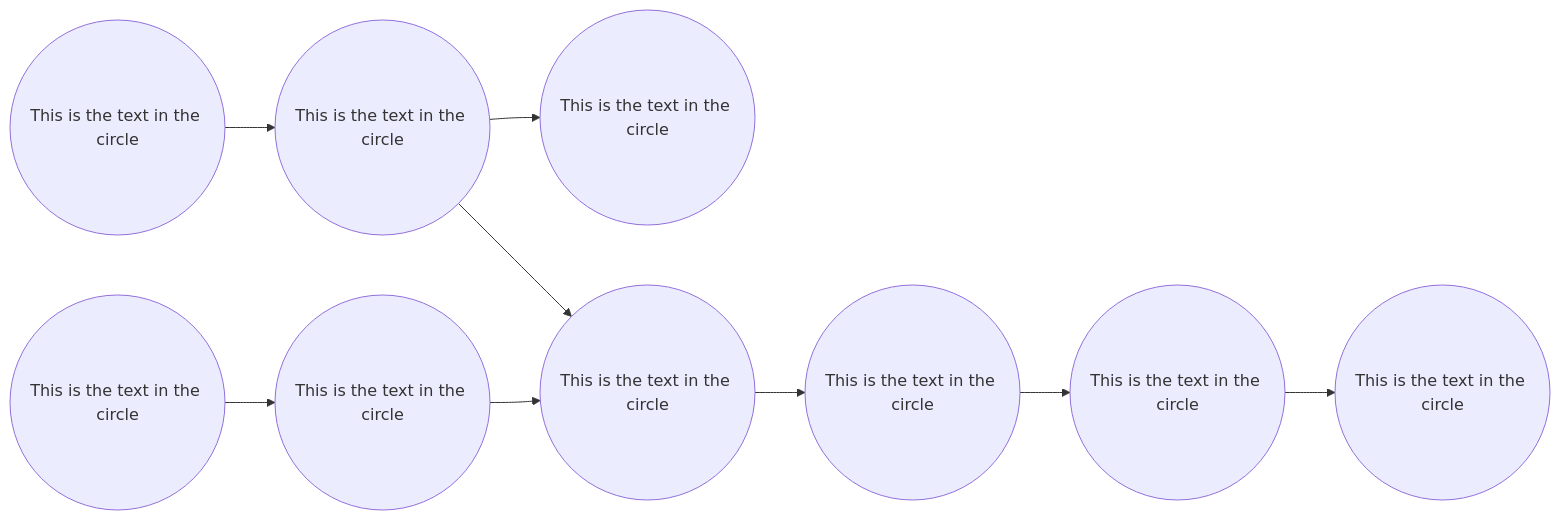
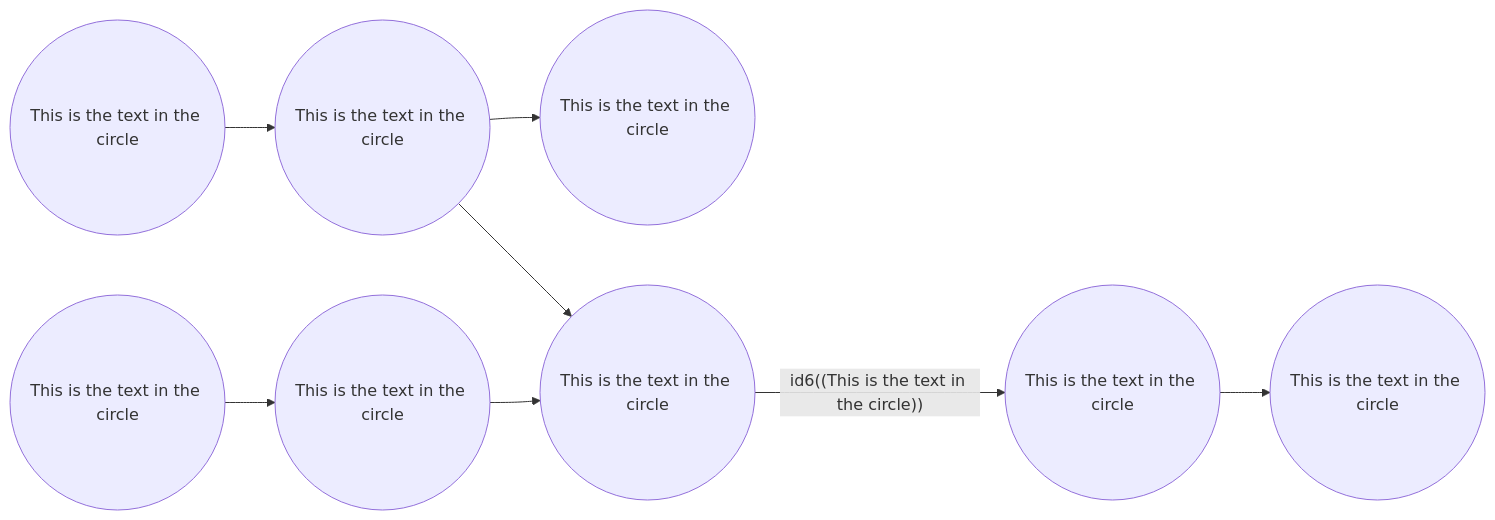
One commit to gerbssusd/dok changed the second of 2 diagrams in slides.md. Above: the diagram before and after it, drawn with Mermaid.

````diff
--- a/slides.md
+++ b/slides.md
@@ -499,15 +499,15 @@
 ```mermaid {scale: .60}
 
 flowchart LR
     id1((This is the text in the circle)) -->
     id2((This is the text in the circle)) -->
     id3((This is the text in the circle))
        id3.1((This is the text in the circle))-->
        id3.2((This is the text in the circle))-->id4
    id2 --> id4((This is the text in the circle)) 
-      -->id6((This is the text in the circle))-->
+      --id6((This is the text in the circle))-->
     id5((This is the text in the circle)) -->
    
     id7((This is the text in the circle))
 
 ```
````
